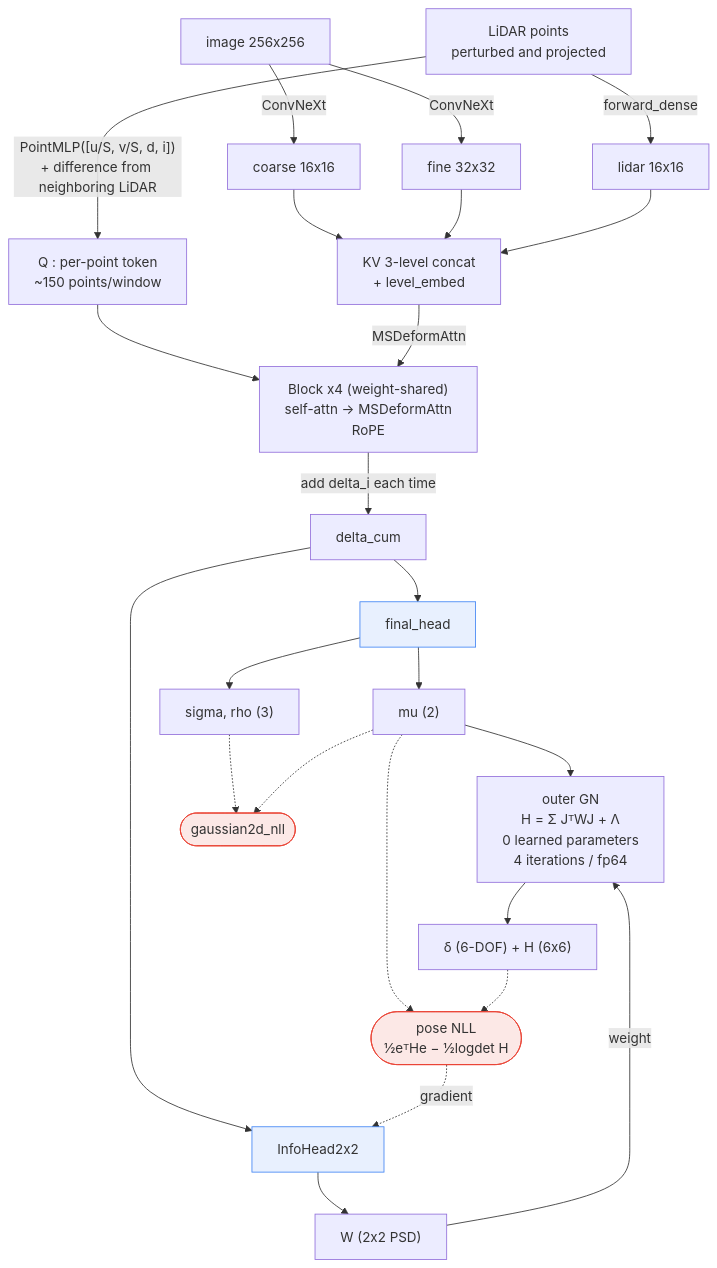
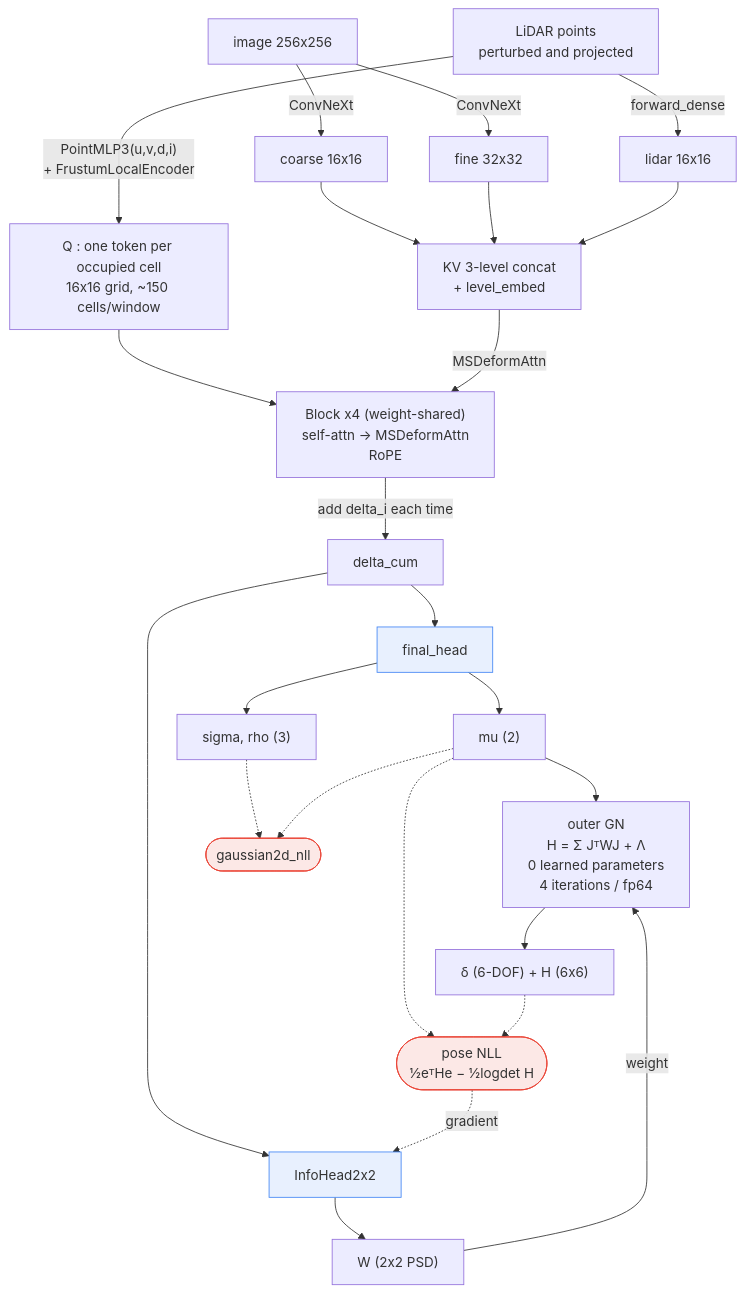
The sixth of 6 diagrams in docs/2026-08-31_nuscenes-calibration.en.md (matoge/e2e_calib), drawn with Mermaid before and after one commit. The commit also changed other lines of this file and 1 other file, not shown here.

First line of the commit message:
docs: Query は点ごとではなく占有セルごと、近傍集約は PointNet++ 型

````diff
--- a/docs/2026-08-31_nuscenes-calibration.en.md
+++ b/docs/2026-08-31_nuscenes-calibration.en.md
@@ -607,36 +607,36 @@
 ```mermaid
 flowchart TB
   IMG["image 256x256"] -->|ConvNeXt| COARSE["coarse 16x16"]
   IMG -->|ConvNeXt| FINE["fine 32x32"]
   LID["LiDAR points<br/>perturbed and projected"] -->|forward_dense| LDMAP["lidar 16x16"]
-  LID -->|"PointMLP([u/S, v/S, d, i])<br/>+ difference from neighboring LiDAR"| Q["Q : per-point token<br/>~150 points/window"]
+  LID -->|"PointMLP3(u,v,d,i)<br/>+ FrustumLocalEncoder"| Q["Q : one token per occupied cell<br/>16x16 grid, ~150 cells/window"]
 
   COARSE --> KV["KV 3-level concat<br/>+ level_embed"]
   FINE --> KV
   LDMAP --> KV
 
   Q --> BLK
   KV -->|"MSDeformAttn"| BLK["Block x4 (weight-shared)<br/>self-attn → MSDeformAttn<br/>RoPE"]
   BLK -->|"add delta_i each time"| DC["delta_cum"]
 
   DC --> FH["final_head"]
   DC --> IH["InfoHead2x2"]
   FH --> MU["mu (2)"]
   FH --> SIG["sigma, rho (3)"]
   IH --> W["W (2x2 PSD)"]
 
   MU --> GN
   W -->|"weight"| GN["outer GN<br/>H = Σ JᵀWJ + Λ<br/>0 learned parameters<br/>4 iterations / fp64"]
   GN --> OUT["δ (6-DOF) + H (6x6)"]
 
   SIG -.-> L1(["gaussian2d_nll"])
   MU -.-> L1
   MU -.-> L2(["pose NLL<br/>½eᵀHe − ½logdet H"])
   OUT -.-> L2
   L2 -.->|"gradient"| IH
 
   classDef head fill:#e8f0fe,stroke:#4285f4
   classDef loss fill:#fce8e6,stroke:#ea4335
   class FH,IH head
   class L1,L2 loss
 ```
````
